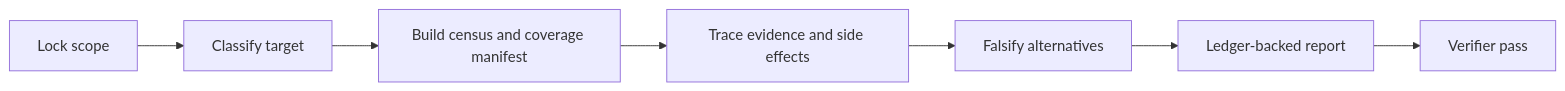
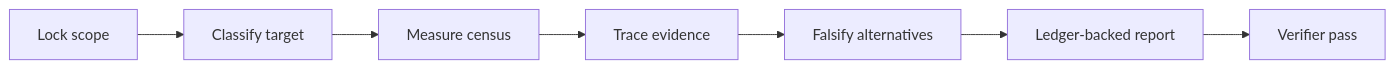
The diagram in README.md (MaiDuy708/system-audit-review), drawn with Mermaid before and after one commit. The commit also changed other lines of this file and 8 other files, not shown here.

````diff
--- a/README.md
+++ b/README.md
@@ -16,9 +30,9 @@
 ```mermaid
 flowchart LR
     A[Lock scope] --> B[Classify target]
-    B --> C[Build census and coverage manifest]
-    C --> D[Trace evidence and side effects]
+    B --> C[Measure census]
+    C --> D[Trace evidence]
     D --> E[Falsify alternatives]
     E --> F[Ledger-backed report]
     F --> G[Verifier pass]
 ```
````
